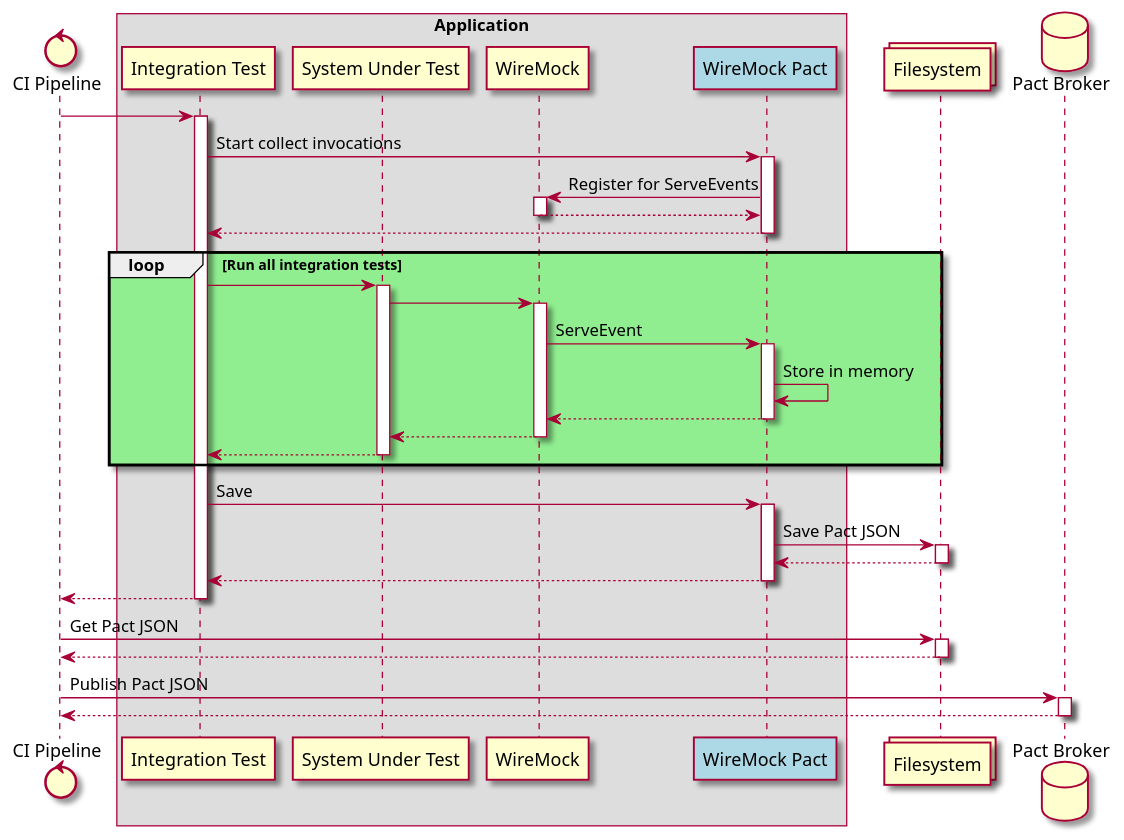
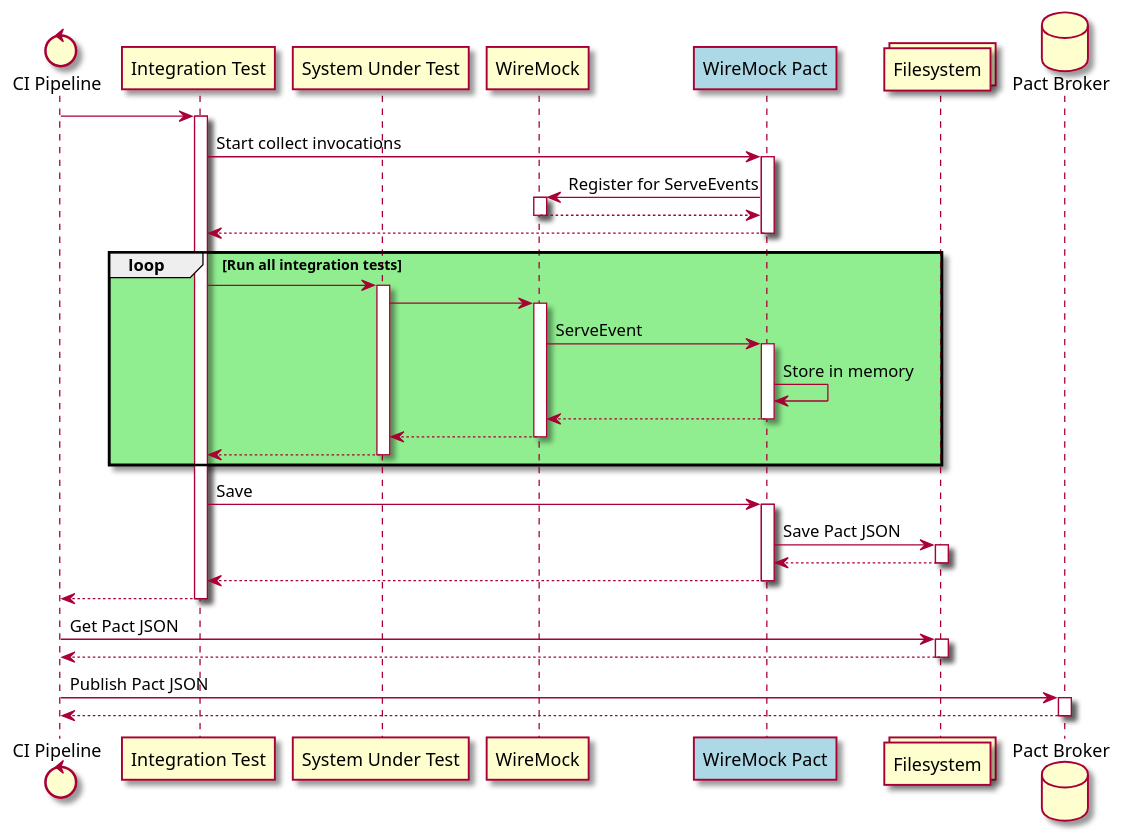
The diagram in docs/pact-with-wiremock.puml (tomasbjerre/pact-sandbox), drawn with PlantUML before and after one commit. The commit also changed 4 other files, not shown here.

```diff
--- a/docs/pact-with-wiremock.puml
+++ b/docs/pact-with-wiremock.puml
@@ -2,64 +2,62 @@
 @startuml pact-with-wiremock
 skin rose
 
 Control "CI Pipeline" as CI
 
-box "Application"
-    participant "Integration Test" as IT
-    participant "System Under Test" as SUT
-    participant "WireMock" as WM
-    participant "WireMock Pact" as WMP #LightBlue
-end box
+participant "Integration Test" as IT
+participant "System Under Test" as SUT
+participant "WireMock" as WM
+participant "WireMock Pact" as WMP #LightBlue
 
 Collections "Filesystem" as FS
 database "Pact Broker" as BROKER
 
 CI -> IT
 activate IT
     IT -> WMP: Start collect invocations
     activate WMP
         WMP -> WM: Register for ServeEvents
         activate WM
             WM --> WMP
         deactivate WM
         WMP --> IT
     deactivate WMP
 
     loop #LightGreen Run all integration tests
     IT -> SUT
     activate SUT
         SUT -> WM
         activate WM
             WM -> WMP: ServeEvent
             activate WMP
                 WMP -> WMP: Store in memory
                 WMP --> WM
             deactivate WMP
             WM --> SUT
         deactivate WM
         SUT --> IT
     deactivate SUT
     end
 
     IT -> WMP: Save
     activate WMP
         WMP -> FS: Save Pact JSON
         activate FS
             FS --> WMP
         deactivate FS
         WMP --> IT
     deactivate WMP
 
     IT --> CI
 deactivate IT
 
 CI -> FS: Get Pact JSON
 activate FS
     FS --> CI
 deactivate FS
 
 CI -> BROKER: Publish Pact JSON
 activate BROKER
     BROKER --> CI
 deactivate BROKER
 @enduml
```
